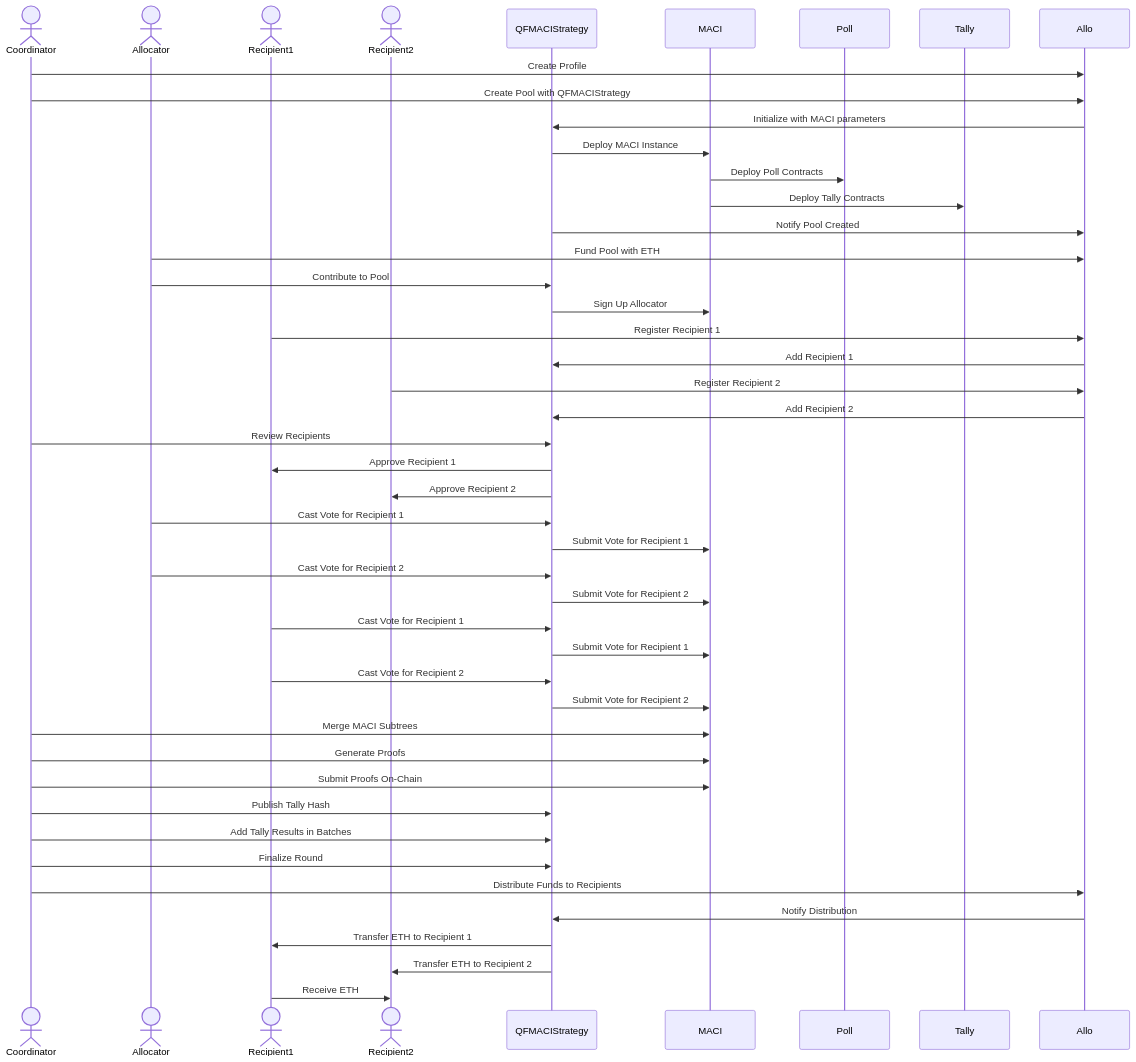
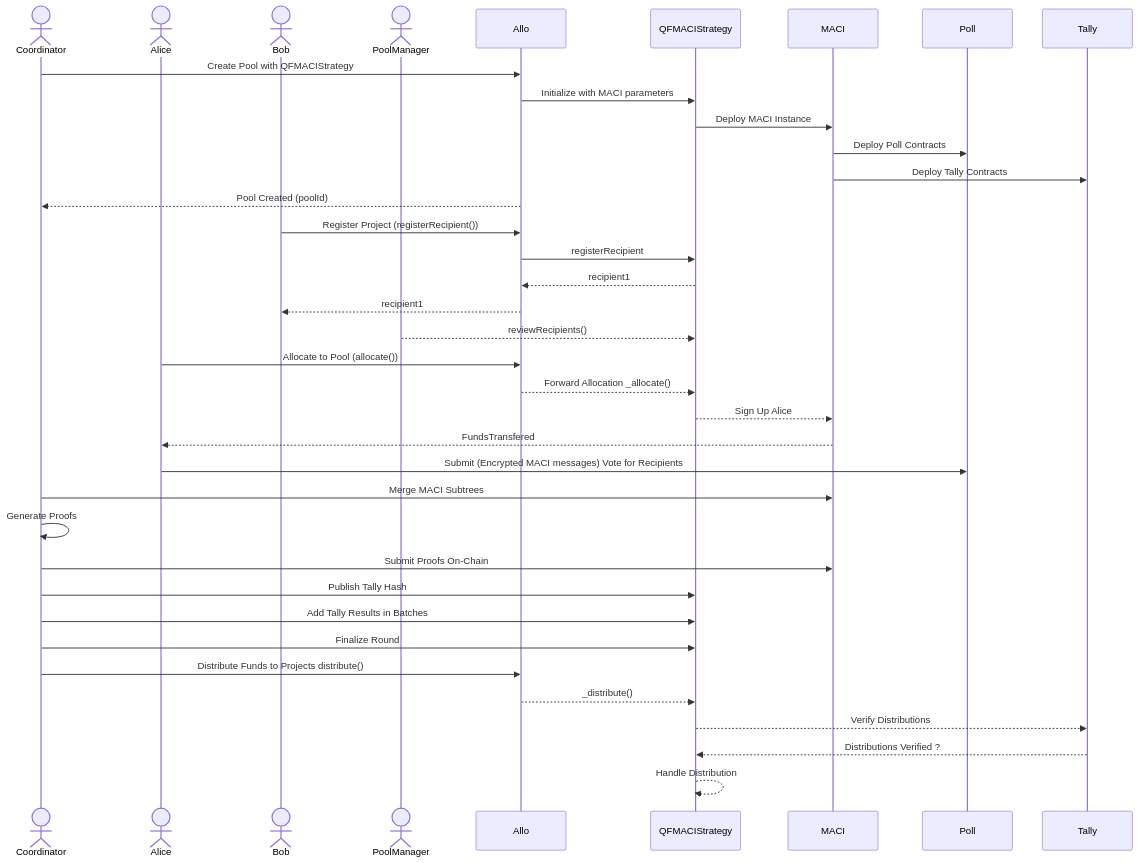
The diagram in contracts/README.md (gitcoinco/MACI_QF), drawn with Mermaid before and after one commit. The commit also changed other lines of this file, not shown here.

Commit message:
Diagram updates

````diff
--- a/contracts/README.md
+++ b/contracts/README.md
@@ -129,64 +129,55 @@
 ```mermaid
 sequenceDiagram
   actor Coordinator
-  actor Allocator
-  actor Recipient1
-  actor Recipient2
+  actor Alice
+  actor Bob
+  actor PoolManager
+  participant Allo
   participant QFMACIStrategy
   participant MACI
   participant Poll
   participant Tally
-  participant Allo
 
   %% Initialization and Deployment
-  Coordinator->>Allo: Create Profile
   Coordinator->>Allo: Create Pool with QFMACIStrategy
   Allo->>QFMACIStrategy: Initialize with MACI parameters
   QFMACIStrategy->>MACI: Deploy MACI Instance
   MACI->>Poll: Deploy Poll Contracts
   MACI->>Tally: Deploy Tally Contracts
-  QFMACIStrategy->>Allo: Notify Pool Created
+  Allo -->>Coordinator: Pool Created (poolId)
 
-  %% Contribution Phase
-  Allocator->>Allo: Fund Pool with ETH
-  Allocator->>QFMACIStrategy: Contribute to Pool
-  QFMACIStrategy->>MACI: Sign Up Allocator
+  %% Bob Adds Project
+  Bob->>Allo: Register Project (registerRecipient())
+  Allo->>QFMACIStrategy: registerRecipient
+  QFMACIStrategy-->>Allo: recipient1
+  Allo-->>Bob: recipient1
 
-  %% Registration Phase
-  Recipient1->>Allo: Register Recipient 1
-  Allo->>QFMACIStrategy: Add Recipient 1
-  Recipient2->>Allo: Register Recipient 2
-  Allo->>QFMACIStrategy: Add Recipient 2
+  %% Review Phase by Pool Manager
+  PoolManager-->>QFMACIStrategy: reviewRecipients()
 
-  %% Review Phase
-  Coordinator->>QFMACIStrategy: Review Recipients
-  QFMACIStrategy->>Recipient1: Approve Recipient 1
-  QFMACIStrategy->>Recipient2: Approve Recipient 2
+  %% Alice Allocates to Pool
+  Alice->>Allo: Allocate to Pool (allocate())
+  Allo-->>QFMACIStrategy: Forward Allocation _allocate()
+  QFMACIStrategy-->>MACI: Sign Up Alice
+  MACI-->>Alice: FundsTransfered 
 
-  %% Voting Phase
-  Allocator->>QFMACIStrategy: Cast Vote for Recipient 1
-  QFMACIStrategy->>MACI: Submit Vote for Recipient 1
-  Allocator->>QFMACIStrategy: Cast Vote for Recipient 2
-  QFMACIStrategy->>MACI: Submit Vote for Recipient 2
-  Recipient1->>QFMACIStrategy: Cast Vote for Recipient 1
-  QFMACIStrategy->>MACI: Submit Vote for Recipient 1
-  Recipient1->>QFMACIStrategy: Cast Vote for Recipient 2
-  QFMACIStrategy->>MACI: Submit Vote for Recipient 2
+   %% Voting Phase
+  Alice->>Poll: Submit (Encrypted MACI messages) Vote for Recipients
 
   %% Tally Phase
   Coordinator->>MACI: Merge MACI Subtrees
-  Coordinator->>MACI: Generate Proofs
+  Coordinator->>Coordinator: Generate Proofs
   Coordinator->>MACI: Submit Proofs On-Chain
   Coordinator->>QFMACIStrategy: Publish Tally Hash
   Coordinator->>QFMACIStrategy: Add Tally Results in Batches
 
   %% Finalization Phase
   Coordinator->>QFMACIStrategy: Finalize Round
 
   %% Distribution Phase
-  Coordinator->>Allo: Distribute Funds to Recipients
-  Allo->>QFMACIStrategy: Notify Distribution
-  QFMACIStrategy->>Recipient1: Transfer ETH to Recipient 1
-  QFMACIStrategy->>Recipient2: Transfer ETH to Recipient 2
-  Recipient1->>Recipient2: Receive ETH
+  Coordinator->>Allo: Distribute Funds to Projects distribute()
+  Allo-->>QFMACIStrategy: _distribute()
+  QFMACIStrategy-->>Tally: Verify Distributions
+  Tally-->>QFMACIStrategy: Distributions Verified ? 
+  QFMACIStrategy-->>QFMACIStrategy: Handle Distribution
 ```
````
